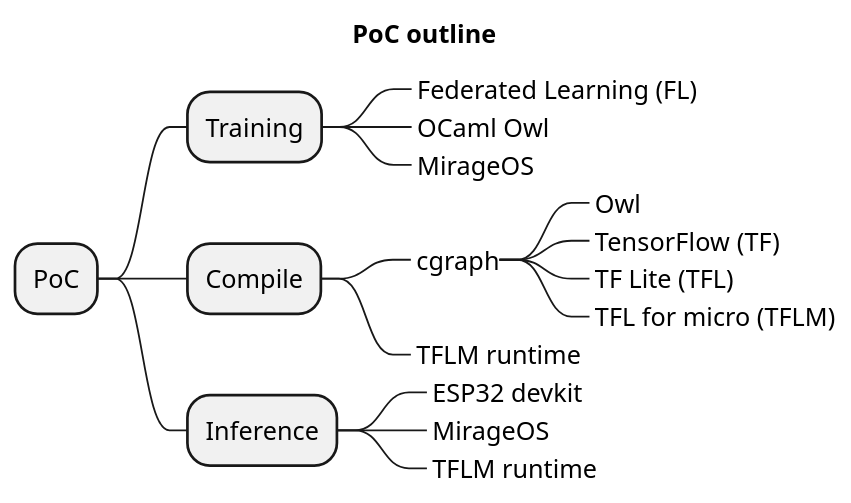
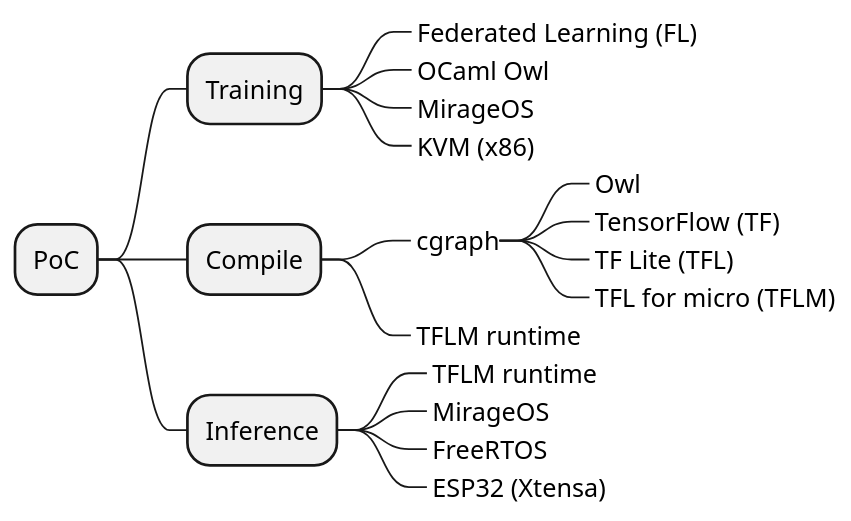
Before and after one commit to doyu/elc2019: the diagram in demo-sq0.puml, drawn with PlantUML. The commit also changed 1 other file, not shown here.

Commit message:
polish PoC outline

```diff
--- a/demo-sq0.puml
+++ b/demo-sq0.puml
@@ -1,20 +1,22 @@
 @startmindmap
 scale 1.2
-title PoC outline
+'title PoC outline
 + PoC
 ++ Training
 +++_ Federated Learning (FL)
 +++_ OCaml Owl
 +++_ MirageOS
++++_ KVM (x86)
 ++ Compile
 +++_ cgraph
 ++++_ Owl
 ++++_ TensorFlow (TF)
 ++++_ TF Lite (TFL)
 ++++_ TFL for micro (TFLM)
 +++_ TFLM runtime
 ++ Inference
-+++_ ESP32 devkit
++++_ TFLM runtime
 +++_ MirageOS
-+++_ TFLM runtime
++++_ FreeRTOS
++++_ ESP32 (Xtensa)
 @endmindmap
```
